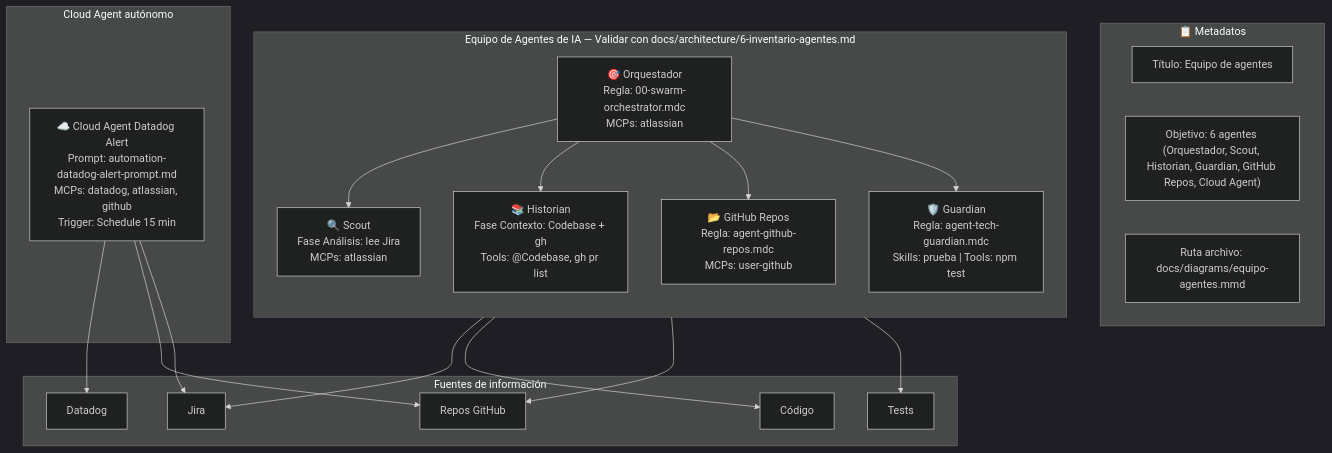
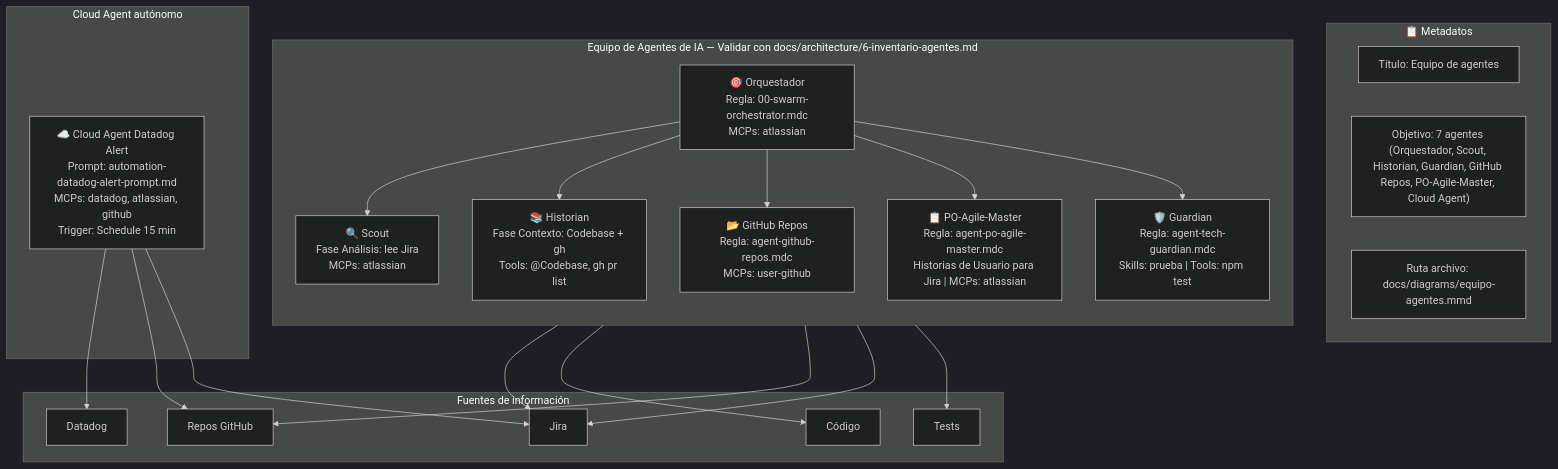
One commit to CARLOSPATINOVELEZ19/prueba-agente-po changed the diagram in docs/diagrams/equipo-agentes.mmd. Above: the diagram before and after it, drawn with Mermaid (dark theme). The commit also changed 9 other files, not shown here.

First line of the commit message:
feat: agente PO-Agile-Master para Historias de Usuario en Jira

```diff
--- a/docs/diagrams/equipo-agentes.mmd
+++ b/docs/diagrams/equipo-agentes.mmd
@@ -1,35 +1,37 @@
 flowchart TB
     subgraph metadata ["📋 Metadatos"]
         M1["Título: Equipo de agentes"]
-        M2["Objetivo: 6 agentes (Orquestador, Scout, Historian, Guardian, GitHub Repos, Cloud Agent)"]
+        M2["Objetivo: 7 agentes (Orquestador, Scout, Historian, Guardian, GitHub Repos, PO-Agile-Master, Cloud Agent)"]
         M3["Ruta archivo: docs/diagrams/equipo-agentes.mmd"]
     end
 
     subgraph equipo ["Equipo de Agentes de IA — Validar con docs/architecture/6-inventario-agentes.md"]
         direction TB
         O["🎯 Orquestador<br/>Regla: 00-swarm-orchestrator.mdc<br/>MCPs: atlassian"]
         O --> S["🔍 Scout<br/>Fase Análisis: lee Jira<br/>MCPs: atlassian"]
         O --> H["📚 Historian<br/>Fase Contexto: Codebase + gh<br/>Tools: @Codebase, gh pr list"]
         O --> R["📂 GitHub Repos<br/>Regla: agent-github-repos.mdc<br/>MCPs: user-github"]
+        O --> P["📋 PO-Agile-Master<br/>Regla: agent-po-agile-master.mdc<br/>Historias de Usuario para Jira | MCPs: atlassian"]
         O --> G["🛡️ Guardian<br/>Regla: agent-tech-guardian.mdc<br/>Skills: prueba | Tools: npm test"]
     end
 
     subgraph cloud ["Cloud Agent autónomo"]
         CA["☁️ Cloud Agent Datadog Alert<br/>Prompt: automation-datadog-alert-prompt.md<br/>MCPs: datadog, atlassian, github<br/>Trigger: Schedule 15 min"]
     end
 
     subgraph fuentes ["Fuentes de información"]
         J[Jira]
         C[Código]
         GH[Repos GitHub]
         T[Tests]
         DD[Datadog]
     end
 
     S --> J
     H --> C
     R --> GH
+    P --> J
     G --> T
     CA --> DD
     CA --> GH
     CA --> J
```
